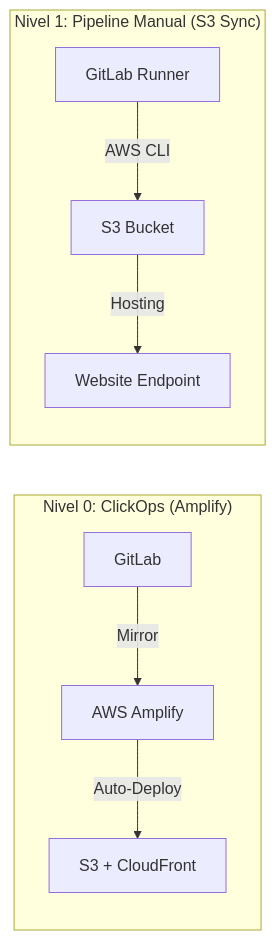
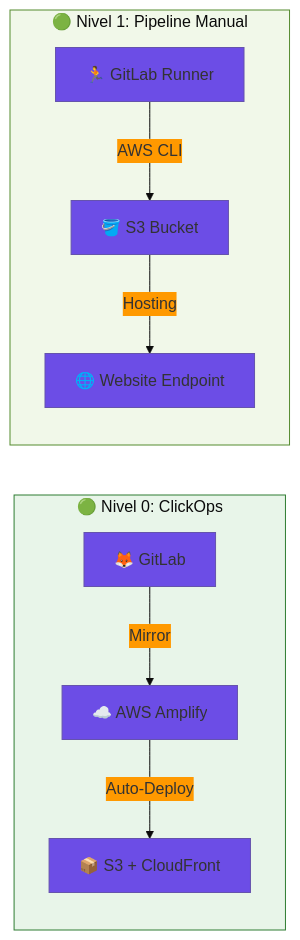
Before and after one commit to vladimiracunadev-create/proyectos-aws: the first of 4 diagrams in docs/ARCHITECTURE.md, drawn with Mermaid. The commit also changed other lines of this file, not shown here.

Commit message:
docs: modernize global architecture and tier diagrams in docs/ARCHITECTURE.md

````diff
--- a/docs/ARCHITECTURE.md
+++ b/docs/ARCHITECTURE.md
@@ -26,12 +26,16 @@
 ```mermaid
+%%{init: {'theme': 'base', 'themeVariables': { 'primaryColor': '#6C4DE6', 'secondaryColor': '#FF9900', 'tertiaryColor': '#f4f4f4' }}}%%
 graph LR
-    subgraph "Nivel 0: ClickOps (Amplify)"
-        A1[GitLab] -->|Mirror| A2[AWS Amplify]
-        A2 -->|Auto-Deploy| A3[S3 + CloudFront]
+    subgraph Tier1_A["🟢 Nivel 0: ClickOps"]
+        A1[🦊 GitLab] -->|Mirror| A2[☁️ AWS Amplify]
+        A2 -->|Auto-Deploy| A3[📦 S3 + CloudFront]
     end
 
-    subgraph "Nivel 1: Pipeline Manual (S3 Sync)"
-        B1[GitLab Runner] -->|AWS CLI| B2[S3 Bucket]
-        B2 -->|Hosting| B3[Website Endpoint]
+    subgraph Tier1_B["🟢 Nivel 1: Pipeline Manual"]
+        B1[🏃 GitLab Runner] -->|AWS CLI| B2[🪣 S3 Bucket]
+        B2 -->|Hosting| B3[🌐 Website Endpoint]
     end
+
+    style Tier1_A fill:#e8f5e9,stroke:#2e7d32
+    style Tier1_B fill:#f1f8e9,stroke:#558b2f
 ```
````
